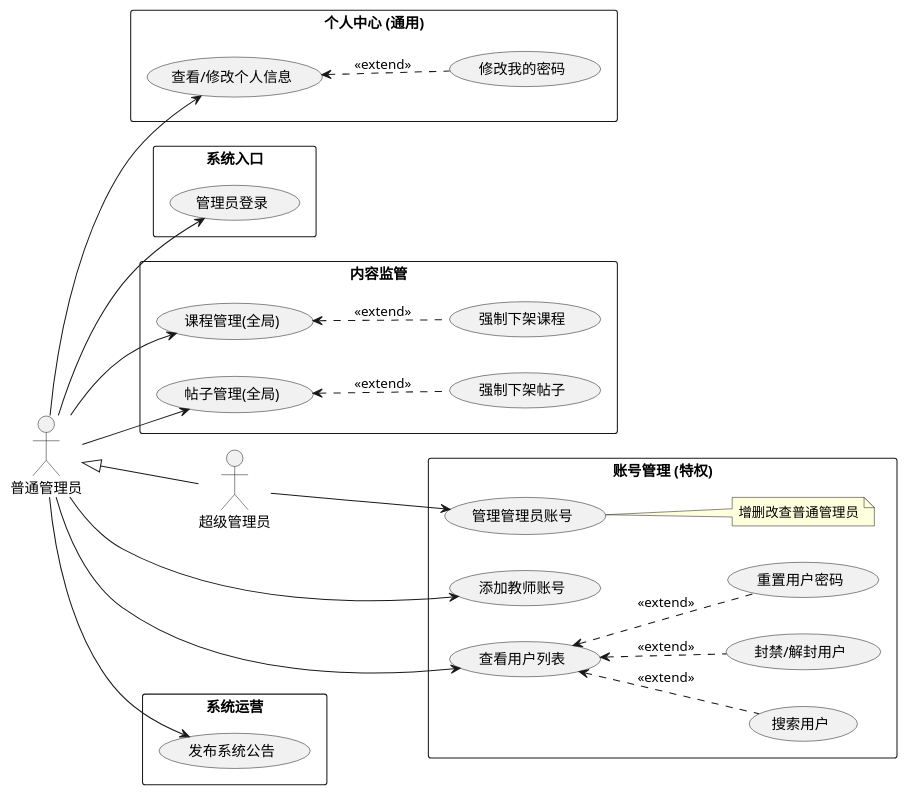
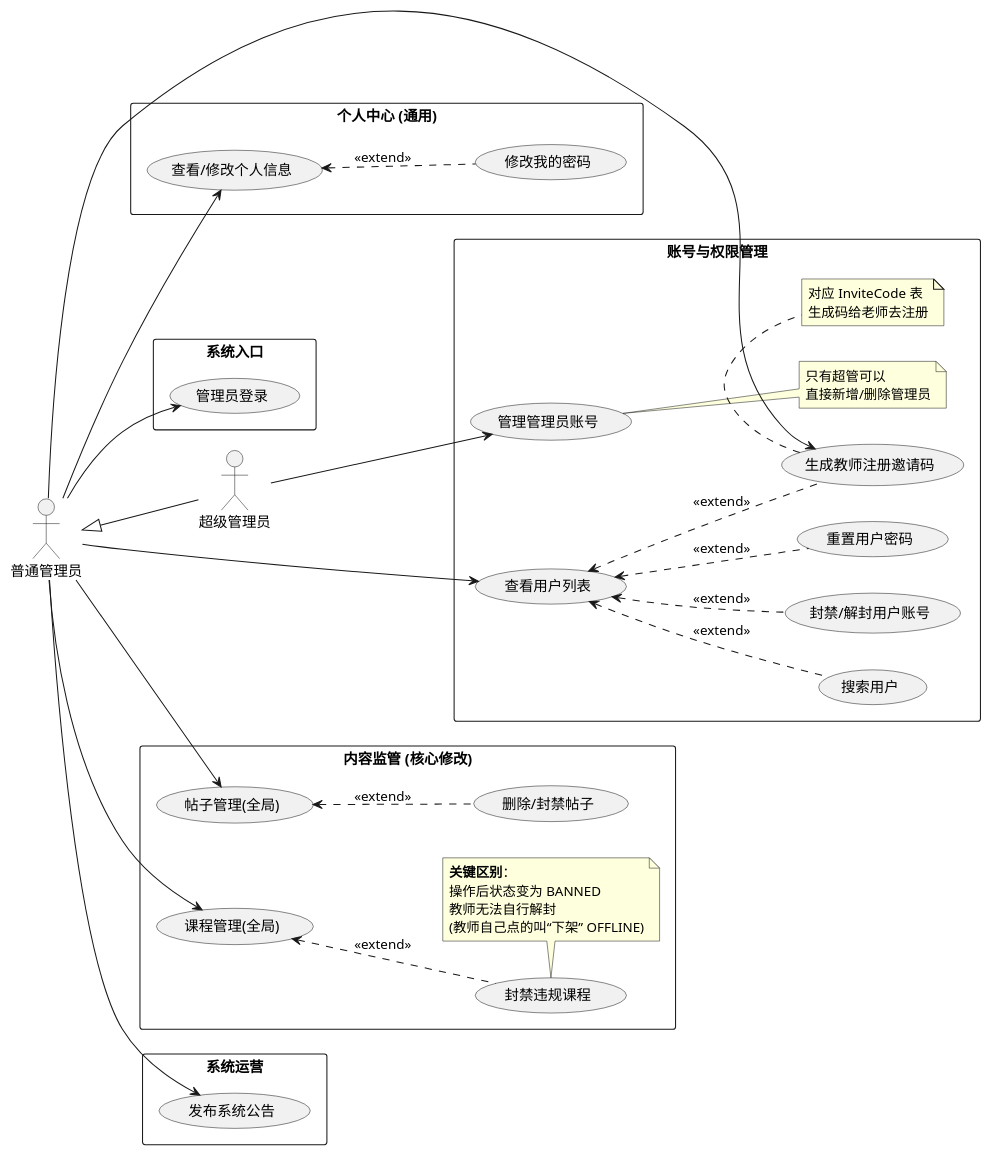
The diagram in puml/UseCase/Admin.puml (UserKei/Edu-Hub), drawn with PlantUML before and after one commit. The commit also changed 4 other files, not shown here.

First line of the commit message:
feat(design): finalize main.dbml and update use case diagrams

```diff
--- a/puml/UseCase/Admin.puml
+++ b/puml/UseCase/Admin.puml
@@ -1,74 +1,80 @@
 @startuml Admin
 left to right direction
 skinparam packageStyle rectangle
 
 actor "普通管理员" as Admin
 actor "超级管理员" as SuperAdmin
 
 ' 继承关系
 Admin <|-- SuperAdmin
 
 package "系统入口" {
     usecase "管理员登录" as UC_Login
 }
 
-' === 新增：管理员的个人维护 ===
+' === 个人中心 ===
 package "个人中心 (通用)" {
     usecase "修改我的密码" as UC_ChangeSelfPwd
     usecase "查看/修改个人信息" as UC_MyProfile
     
-    ' 逻辑：修改密码是个人信息的扩展
     UC_MyProfile <.. UC_ChangeSelfPwd : <<extend>>
 }
 
-package "账号管理 (特权)" {
+package "账号与权限管理" {
     ' 超级管理员特权
     usecase "管理管理员账号" as UC_ManageAdmin
-    note right of UC_ManageAdmin : 增删改查普通管理员
+    note right of UC_ManageAdmin : 只有超管可以\n直接新增/删除管理员
 
-    ' 普通管理员特权
-    usecase "添加教师账号" as UC_AddTeacher
+    ' 普通管理员职责
+    usecase "生成教师注册邀请码" as UC_GenInviteCode
+    note bottom of UC_GenInviteCode : 对应 InviteCode 表\n生成码给老师去注册
+    
     usecase "查看用户列表" as UC_ViewUsers
+    usecase "搜索用户" as UC_SearchUser
+    usecase "封禁/解封用户账号" as UC_BanUser
     
-    usecase "搜索用户" as UC_SearchUser
-    usecase "封禁/解封用户" as UC_Ban
-    
-    ' !!! 关键点：重置别人密码 !!!
     usecase "重置用户密码" as UC_ResetOtherPwd
     
     UC_ViewUsers <.. UC_SearchUser : <<extend>>
-    UC_ViewUsers <.. UC_Ban : <<extend>>
+    UC_ViewUsers <.. UC_BanUser : <<extend>>
     UC_ViewUsers <.. UC_ResetOtherPwd : <<extend>>
+    
+    ' 关联：生成邀请码是管理流程的一部分
+    UC_ViewUsers <.. UC_GenInviteCode : <<extend>>
 }
 
-package "内容监管" {
+package "内容监管 (核心修改)" {
     usecase "课程管理(全局)" as UC_CourseAdmin
-    usecase "强制下架课程" as UC_CourseDown
-    UC_CourseAdmin <.. UC_CourseDown : <<extend>>
+    
+    ' --- 修改点：明确区分“封禁”与教师的“下架” ---
+    usecase "封禁违规课程" as UC_BanCourse
+    note bottom of UC_BanCourse : **关键区别**：\n操作后状态变为 BANNED\n教师无法自行解封\n(教师自己点的叫“下架” OFFLINE)
+
+    UC_CourseAdmin <.. UC_BanCourse : <<extend>>
 
     usecase "帖子管理(全局)" as UC_PostAdmin
-    usecase "强制下架帖子" as UC_PostDelete
+    usecase "删除/封禁帖子" as UC_PostDelete
     UC_PostAdmin <.. UC_PostDelete : <<extend>>
 }
 
 package "系统运营" {
     usecase "发布系统公告" as UC_Notice
 }
 
 ' === 连线 ===
 
 ' 基础功能
 Admin --> UC_Login
 Admin --> UC_MyProfile 
 
 ' 业务功能
-Admin --> UC_AddTeacher
+Admin --> UC_GenInviteCode
 Admin --> UC_ViewUsers
 Admin --> UC_CourseAdmin
 Admin --> UC_PostAdmin
 Admin --> UC_Notice
 
 ' 超级管理员独有
 SuperAdmin --> UC_ManageAdmin
 
 @enduml
```
